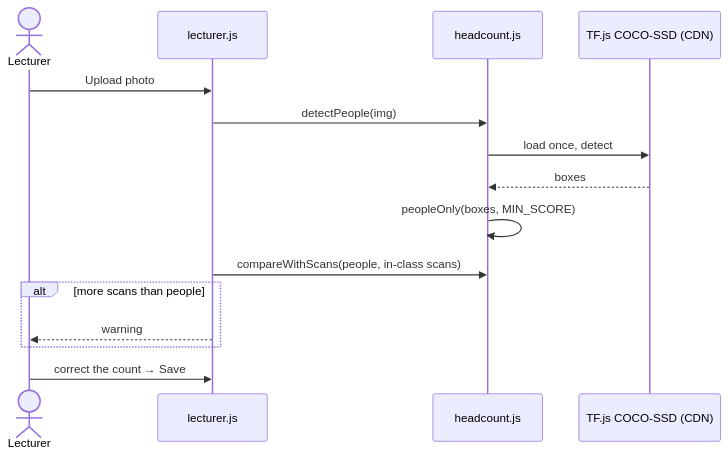
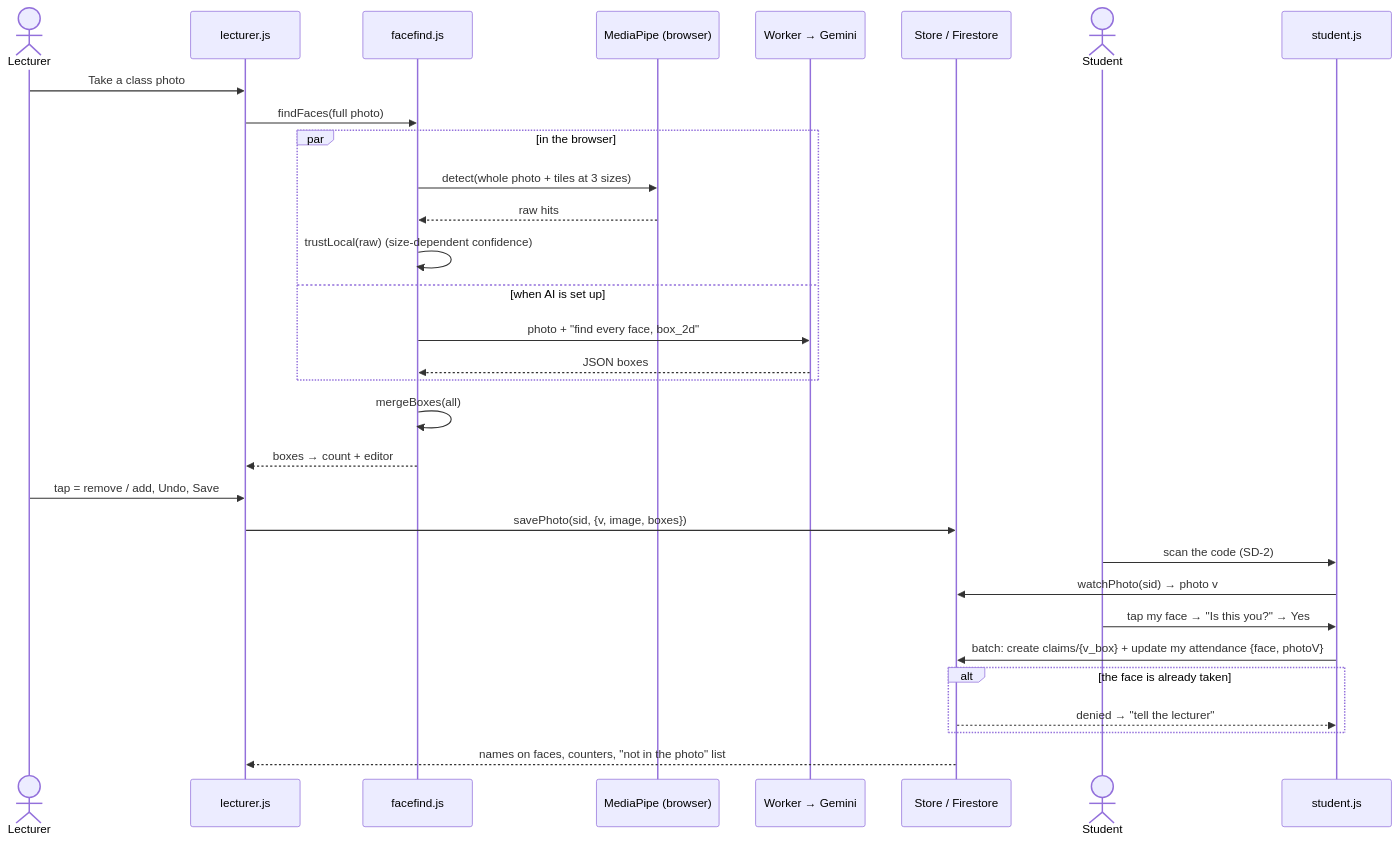
One commit to minion-dog/I2CS_Ex2-smart-class-demo changed the ninth of 9 diagrams in docs/07_SEQUENCE_DIAGRAMS.md. Above: the diagram before and after it, drawn with Mermaid. The commit also changed other lines of this file and 54 other files, not shown here.

First line of the commit message:
Class photo with face boxes, 5 s QR, AI key in a Cloudflare Worker

````diff
--- a/docs/07_SEQUENCE_DIAGRAMS.md
+++ b/docs/07_SEQUENCE_DIAGRAMS.md
@@ -206,17 +206,33 @@
 ```mermaid
 sequenceDiagram
     actor L as Lecturer
     participant P as lecturer.js
-    participant H as headcount.js
-    participant TF as TF.js COCO-SSD (CDN)
-    L->>P: Upload photo
-    P->>H: detectPeople(img)
-    H->>TF: load once, detect
-    TF-->>H: boxes
-    H->>H: peopleOnly(boxes, MIN_SCORE)
-    P->>H: compareWithScans(people, in-class scans)
-    alt more scans than people
-        P-->>L: warning
+    participant FF as facefind.js
+    participant MP as MediaPipe (browser)
+    participant W as Worker → Gemini
+    participant S as Store / Firestore
+    actor St as Student
+    participant SP as student.js
+    L->>P: Take a class photo
+    P->>FF: findFaces(full photo)
+    par in the browser
+        FF->>MP: detect(whole photo + tiles at 3 sizes)
+        MP-->>FF: raw hits
+        FF->>FF: trustLocal(raw) (size-dependent confidence)
+    and when AI is set up
+        FF->>W: photo + "find every face, box_2d"
+        W-->>FF: JSON boxes
     end
-    L->>P: correct the count → Save
+    FF->>FF: mergeBoxes(all)
+    FF-->>P: boxes → count + editor
+    L->>P: tap = remove / add, Undo, Save
+    P->>S: savePhoto(sid, {v, image, boxes})
+    St->>SP: scan the code (SD-2)
+    SP->>S: watchPhoto(sid) → photo v
+    St->>SP: tap my face → "Is this you?" → Yes
+    SP->>S: batch: create claims/{v_box} + update my attendance {face, photoV}
+    alt the face is already taken
+        S-->>SP: denied → "tell the lecturer"
+    end
+    S-->>P: names on faces, counters, "not in the photo" list
 ```
````
